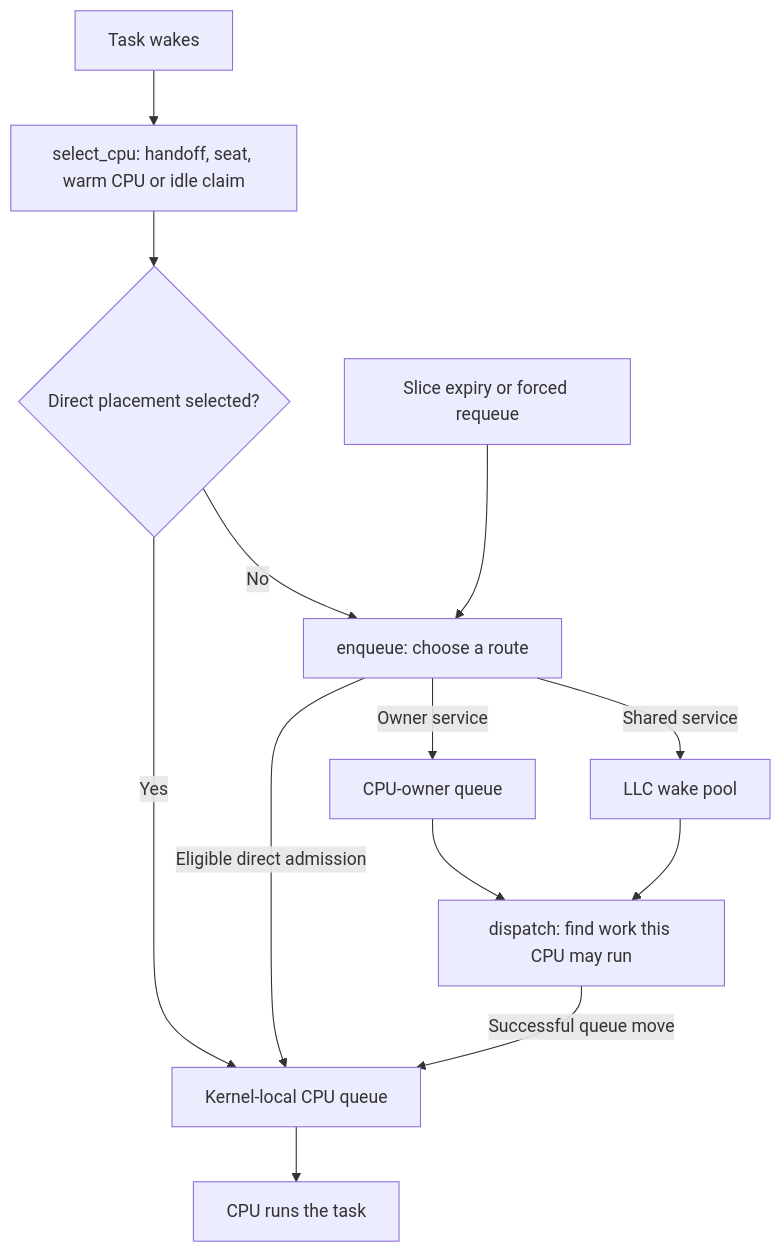
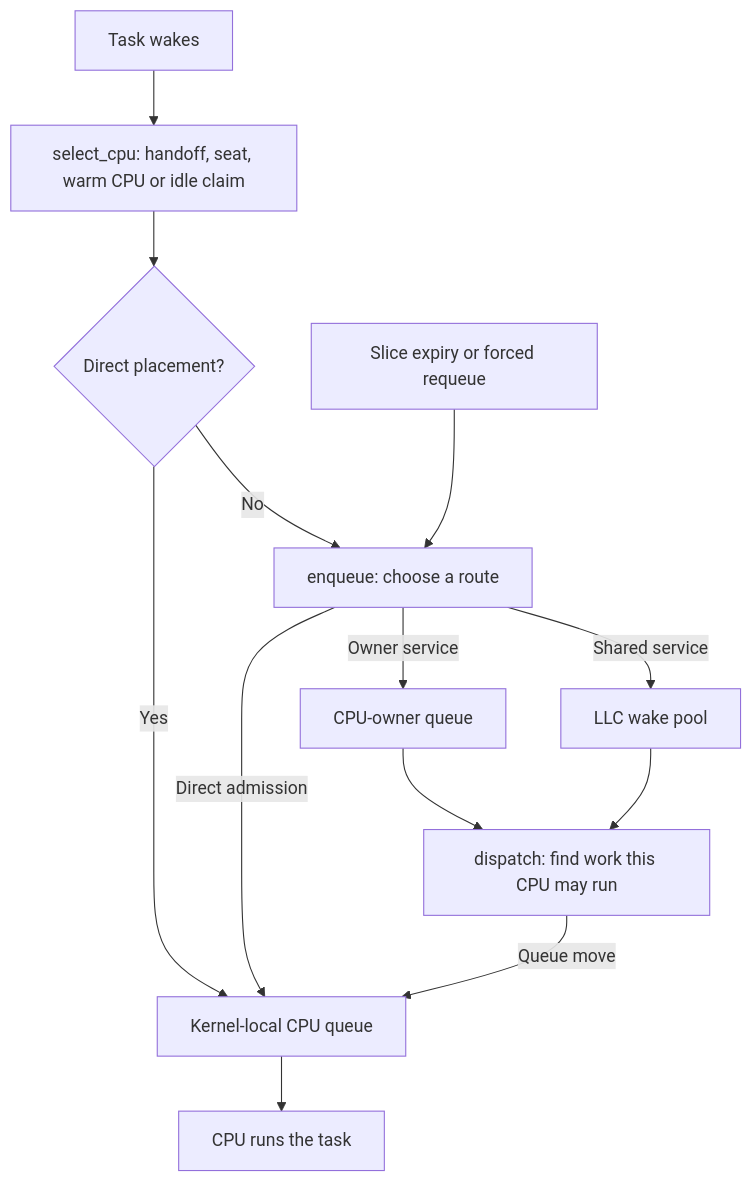
The first of 2 diagrams in scheds/rust/scx_cake/DESIGN.md (RitzDaCat/scx), drawn with Mermaid before and after one commit. The commit also changed other lines of this file and 10 other files, not shown here.

````diff
--- a/scheds/rust/scx_cake/DESIGN.md
+++ b/scheds/rust/scx_cake/DESIGN.md
@@ -33,15 +26,15 @@
 ```mermaid
 flowchart TD
     W["Task wakes"] --> S["select_cpu: handoff, seat, warm CPU or idle claim"]
-    S --> D{"Direct placement selected?"}
+    S --> D{"Direct placement?"}
     D -->|Yes| L["Kernel-local CPU queue"]
     D -->|No| E["enqueue: choose a route"]
     R["Slice expiry or forced requeue"] --> E
-    E -->|Eligible direct admission| L
+    E -->|Direct admission| L
     E -->|Owner service| O["CPU-owner queue"]
     E -->|Shared service| P["LLC wake pool"]
     O --> X["dispatch: find work this CPU may run"]
     P --> X
-    X -->|Successful queue move| L
+    X -->|Queue move| L
     L --> C["CPU runs the task"]
 ```
````
